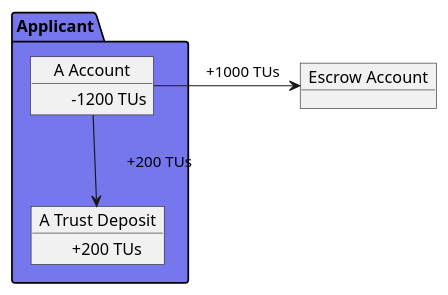
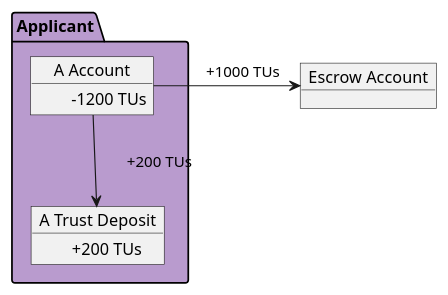
Before and after one commit to verana-labs/verana-docs: the fourth of 5 diagrams in docs/learn/verifiable-public-registry/60-onboarding-participants.md, drawn with PlantUML. The commit also changed other lines of this file and 5 other files, not shown here.

````diff
--- a/docs/learn/verifiable-public-registry/60-onboarding-participants.md
+++ b/docs/learn/verifiable-public-registry/60-onboarding-participants.md
@@ -213,26 +213,26 @@
 ```plantuml
 
 @startuml
 scale max 1200 width
  
 
 
-package "Applicant" as issuer #7677ed {
+package "Applicant" as issuer #b99bce {
     object "A Account" as issuera {
          \t-1200 TUs
     }
     object "A Trust Deposit" as issuertd {
          \t+200 TUs
     }
 
 }
 
 object "Escrow Account" as escrow
 
 issuera -r-> escrow: \t+1000 TUs
 issuera --> issuertd:  \t+200 TUs
 
 
 @enduml
 
 ```
````
